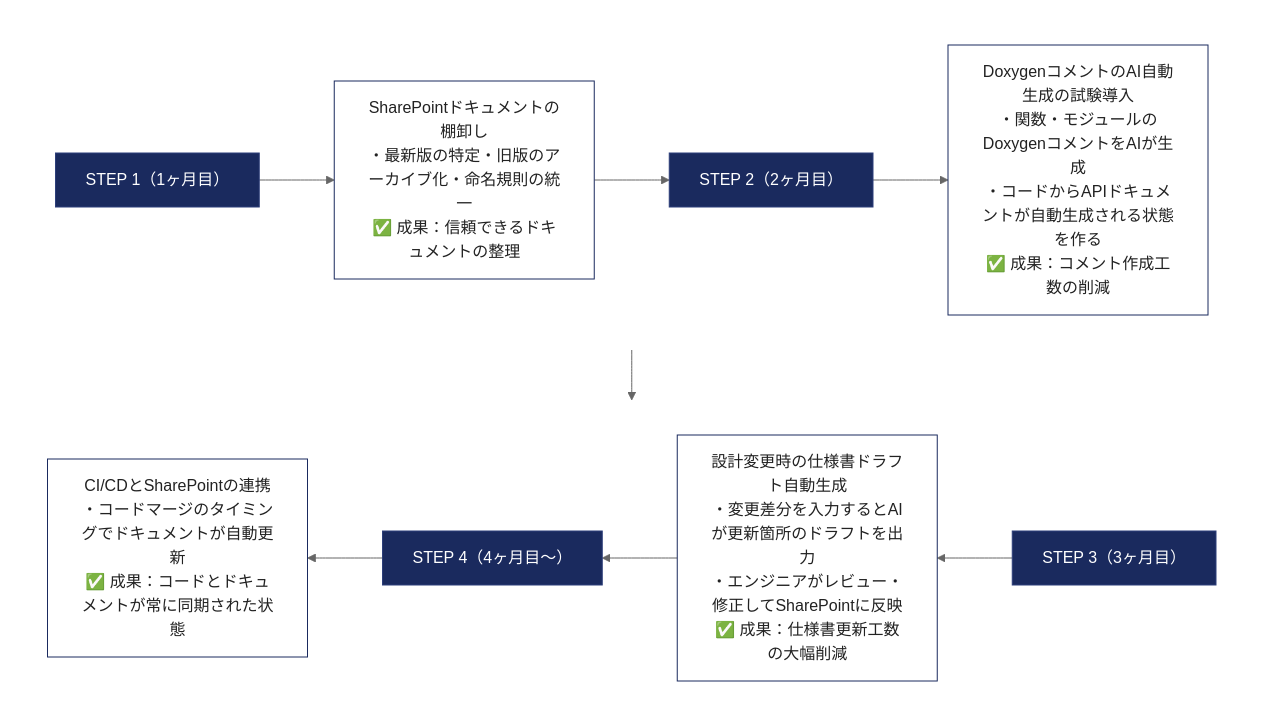
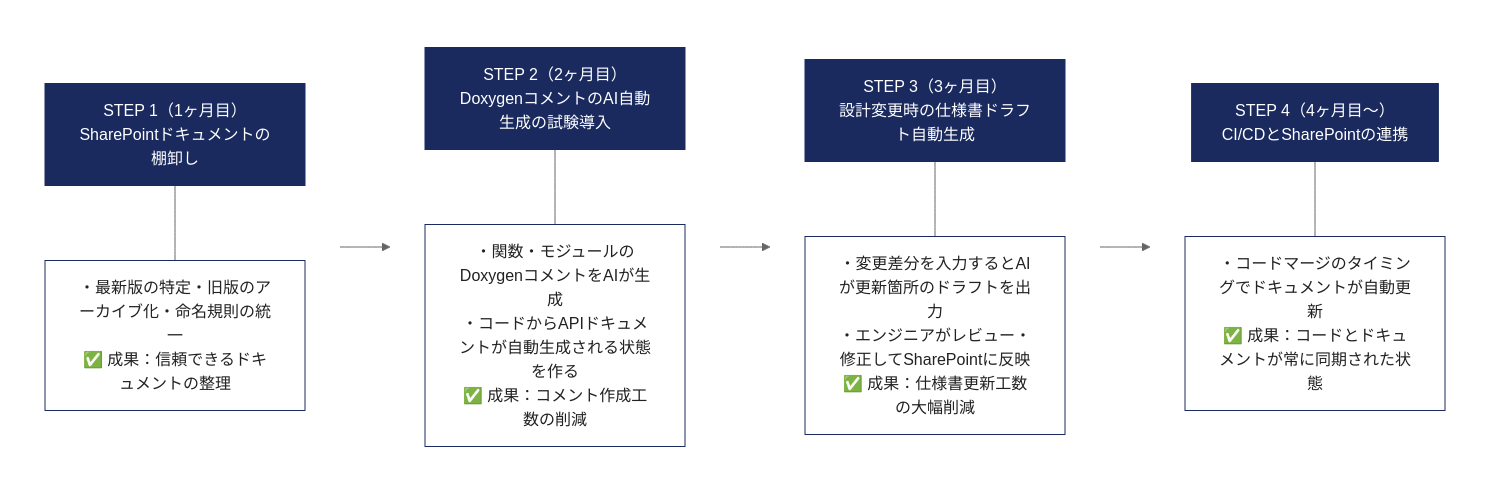
Before and after one commit to Kengo55555/My_Study: the eighth of 10 diagrams in AI_Idea/AI_ADOPTION_PROPOSAL.md, drawn with Mermaid (neutral theme). The commit also changed other lines of this file and 1 other file, not shown here.

Commit message:
Redesign Mermaid: horizontal LR layout, navy header + white body per step card

````diff
--- a/AI_Idea/AI_ADOPTION_PROPOSAL.md
+++ b/AI_Idea/AI_ADOPTION_PROPOSAL.md
@@ -365,22 +407,28 @@
 ```mermaid
-flowchart TD
-    subgraph row1[" "]
-        direction LR
-        T1["STEP 1（1ヶ月目）"] --> C1["SharePointドキュメントの棚卸し<br/>・最新版の特定・旧版のアーカイブ化・命名規則の統一<br/>✅ 成果：信頼できるドキュメントの整理"]
-        C1 --> T2["STEP 2（2ヶ月目）"]
-        T2 --> C2["DoxygenコメントのAI自動生成の試験導入<br/>・関数・モジュールのDoxygenコメントをAIが生成<br/>・コードからAPIドキュメントが自動生成される状態を作る<br/>✅ 成果：コメント作成工数の削減"]
+flowchart LR
+    subgraph s1[" "]
+        direction TB
+        H1["STEP 1（1ヶ月目）<br/>SharePointドキュメントの棚卸し"] --- B1["・最新版の特定・旧版のアーカイブ化・命名規則の統一<br/>✅ 成果：信頼できるドキュメントの整理"]
     end
-    subgraph row2[" "]
-        direction RL
-        T3["STEP 3（3ヶ月目）"] --> C3["設計変更時の仕様書ドラフト自動生成<br/>・変更差分を入力するとAIが更新箇所のドラフトを出力<br/>・エンジニアがレビュー・修正してSharePointに反映<br/>✅ 成果：仕様書更新工数の大幅削減"]
-        C3 --> T4["STEP 4（4ヶ月目〜）"]
-        T4 --> C4["CI/CDとSharePointの連携<br/>・コードマージのタイミングでドキュメントが自動更新<br/>✅ 成果：コードとドキュメントが常に同期された状態"]
+    subgraph s2[" "]
+        direction TB
+        H2["STEP 2（2ヶ月目）<br/>DoxygenコメントのAI自動生成の試験導入"] --- B2["・関数・モジュールのDoxygenコメントをAIが生成<br/>・コードからAPIドキュメントが自動生成される状態を作る<br/>✅ 成果：コメント作成工数の削減"]
     end
-    C2 --> T3
-    style row1 fill:transparent,stroke:transparent,color:transparent
-    style row2 fill:transparent,stroke:transparent,color:transparent
-    classDef title fill:#1a2a5e,stroke:#2c3e7a,color:#fff
-    classDef content fill:#fff,stroke:#1a2a5e,color:#222
-    class T1,T2,T3,T4 title
-    class C1,C2,C3,C4 content
+    subgraph s3[" "]
+        direction TB
+        H3["STEP 3（3ヶ月目）<br/>設計変更時の仕様書ドラフト自動生成"] --- B3["・変更差分を入力するとAIが更新箇所のドラフトを出力<br/>・エンジニアがレビュー・修正してSharePointに反映<br/>✅ 成果：仕様書更新工数の大幅削減"]
+    end
+    subgraph s4[" "]
+        direction TB
+        H4["STEP 4（4ヶ月目〜）<br/>CI/CDとSharePointの連携"] --- B4["・コードマージのタイミングでドキュメントが自動更新<br/>✅ 成果：コードとドキュメントが常に同期された状態"]
+    end
+    s1 --> s2 --> s3 --> s4
+    style s1 fill:transparent,stroke:transparent,color:transparent
+    style s2 fill:transparent,stroke:transparent,color:transparent
+    style s3 fill:transparent,stroke:transparent,color:transparent
+    style s4 fill:transparent,stroke:transparent,color:transparent
+    classDef hdr fill:#1a2a5e,stroke:#1a2a5e,color:#fff
+    classDef bdy fill:#fff,stroke:#1a2a5e,color:#222
+    class H1,H2,H3,H4 hdr
+    class B1,B2,B3,B4 bdy
 ```
````
